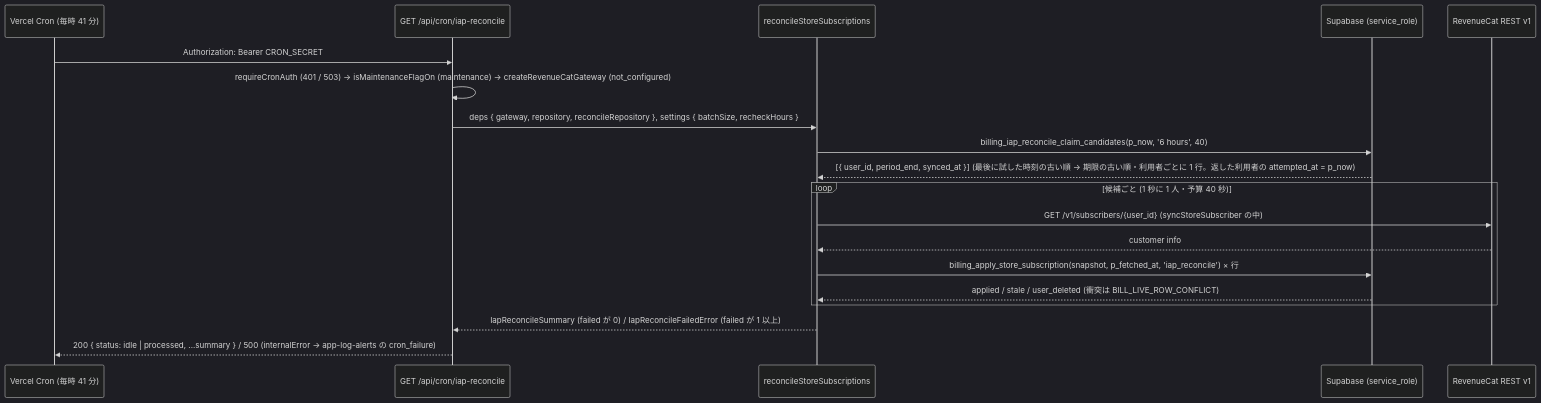
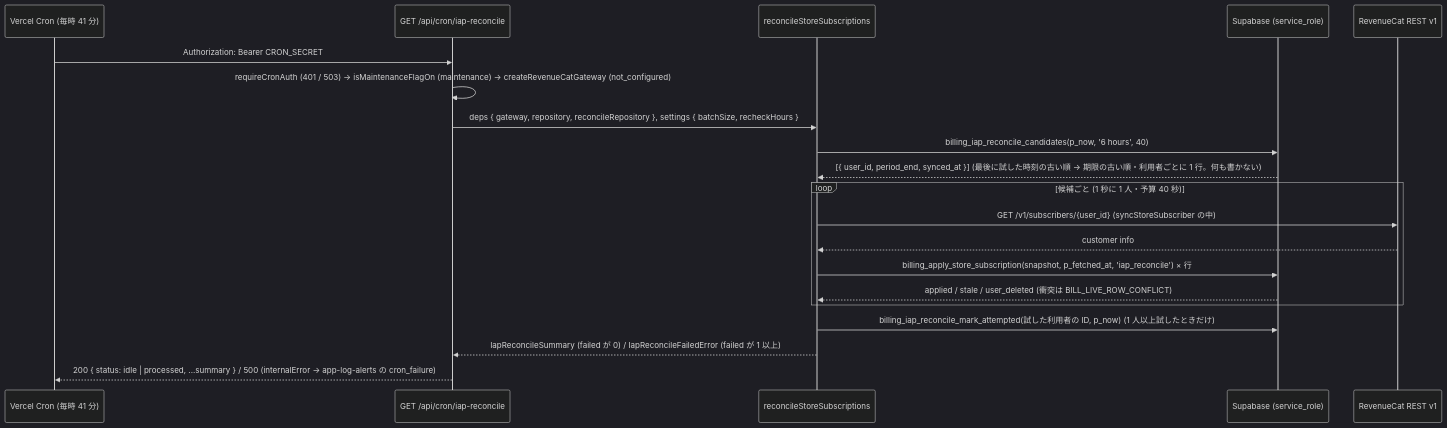
Before and after one commit to DaisukeHori/homegohan-app: the diagram in docs/design/billing/04-iap-reconcile.md, drawn with Mermaid (dark theme). The commit also changed other lines of this file, not shown here.

First line of the commit message:
docs(design): billing/04 R3 の指摘を反映 — 印は試した利用者だけに回の終わりに書く・候補の関数は読むだけ・§14.2 の表の列を直す

````diff
--- a/docs/design/billing/04-iap-reconcile.md
+++ b/docs/design/billing/04-iap-reconcile.md
@@ -196,21 +198,22 @@
 ```mermaid
 sequenceDiagram
   participant V as Vercel Cron (毎時 41 分)
   participant R as GET /api/cron/iap-reconcile
   participant S as reconcileStoreSubscriptions
   participant DB as Supabase (service_role)
   participant RC as RevenueCat REST v1
   V->>R: Authorization: Bearer CRON_SECRET
   R->>R: requireCronAuth (401 / 503) → isMaintenanceFlagOn (maintenance) → createRevenueCatGateway (not_configured)
   R->>S: deps { gateway, repository, reconcileRepository }, settings { batchSize, recheckHours }
-  S->>DB: billing_iap_reconcile_claim_candidates(p_now, '6 hours', 40)
-  DB-->>S: [{ user_id, period_end, synced_at }] (最後に試した時刻の古い順 → 期限の古い順・利用者ごとに 1 行。返した利用者の attempted_at = p_now)
+  S->>DB: billing_iap_reconcile_candidates(p_now, '6 hours', 40)
+  DB-->>S: [{ user_id, period_end, synced_at }] (最後に試した時刻の古い順 → 期限の古い順・利用者ごとに 1 行。何も書かない)
   loop 候補ごと (1 秒に 1 人・予算 40 秒)
     S->>RC: GET /v1/subscribers/{user_id} (syncStoreSubscriber の中)
     RC-->>S: customer info
     S->>DB: billing_apply_store_subscription(snapshot, p_fetched_at, 'iap_reconcile') × 行
     DB-->>S: applied / stale / user_deleted (衝突は BILL_LIVE_ROW_CONFLICT)
   end
+  S->>DB: billing_iap_reconcile_mark_attempted(試した利用者の ID, p_now) (1 人以上試したときだけ)
   S-->>R: IapReconcileSummary (failed が 0) / IapReconcileFailedError (failed が 1 以上)
   R-->>V: 200 { status: idle | processed, ...summary } / 500 (internalError → app-log-alerts の cron_failure)
 ```
````
